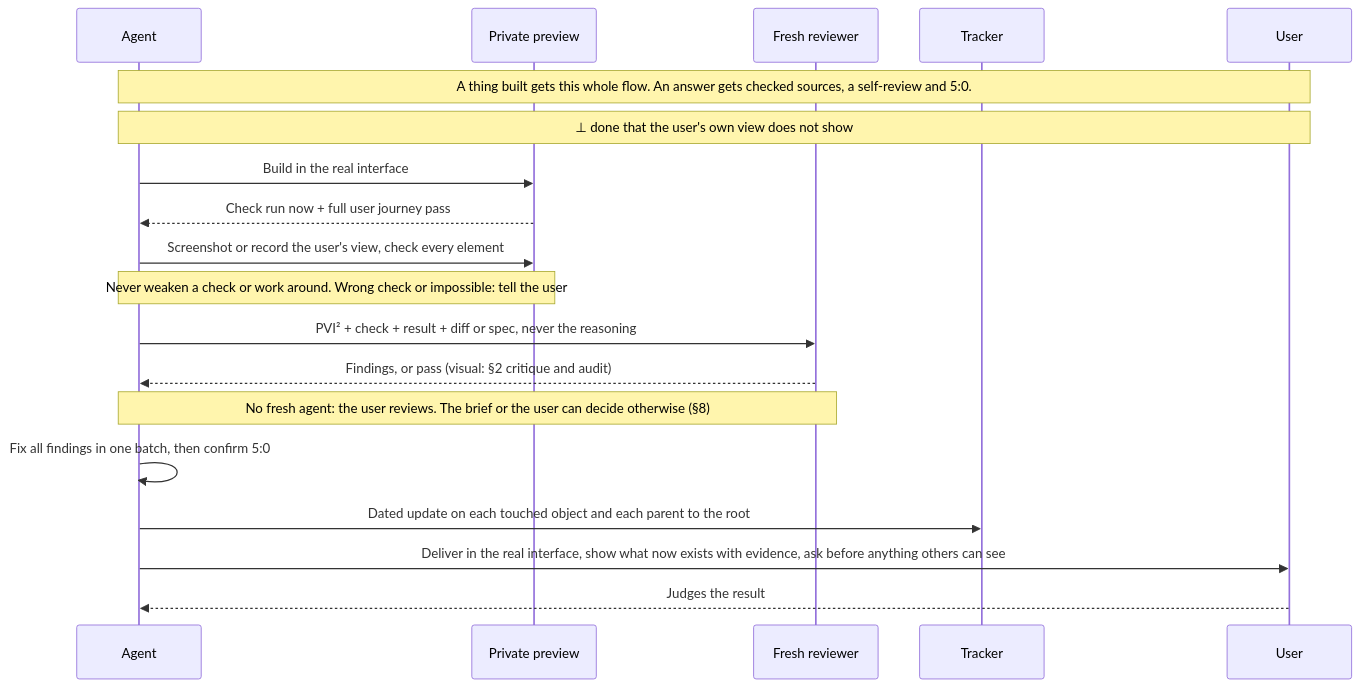
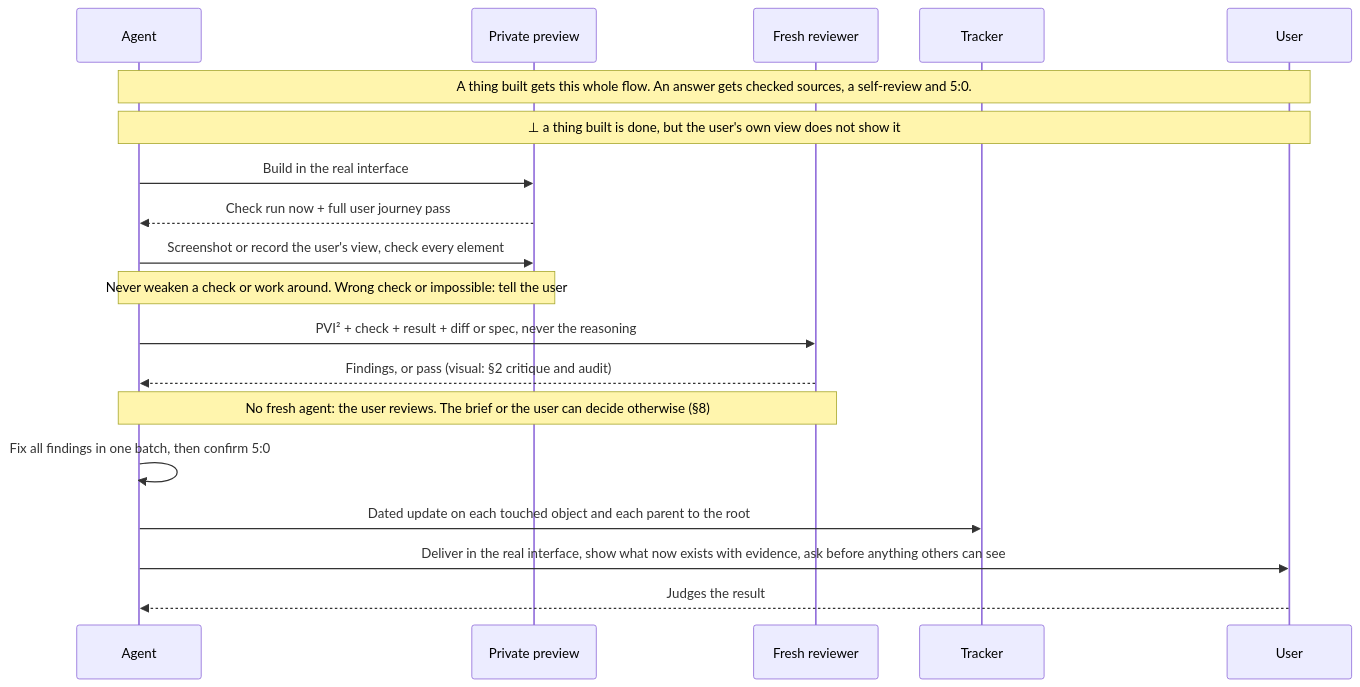
Diagram 11 of 14 in AGENTS.md (SolenixAI/arbiter), drawn with Mermaid before and after one commit. The commit also changed other lines of this file, not shown here.

````diff
--- a/AGENTS.md
+++ b/AGENTS.md
@@ -507,21 +507,21 @@
 ```mermaid
 sequenceDiagram
   participant A as Agent
   participant P as Private preview
   participant R as Fresh reviewer
   participant T as Tracker
   participant U as User
   Note over A,U: A thing built gets this whole flow. An answer gets checked sources, a self-review and 5:0.
-  Note over A,U: ⊥ done that the user's own view does not show
+  Note over A,U: ⊥ a thing built is done, but the user's own view does not show it
   A->>P: Build in the real interface
   P-->>A: Check run now + full user journey pass
   A->>P: Screenshot or record the user's view, check every element
   Note over A,P: Never weaken a check or work around. Wrong check or impossible: tell the user
   A->>R: PVI² + check + result + diff or spec, never the reasoning
   R-->>A: Findings, or pass (visual: §2 critique and audit)
   Note over A,R: No fresh agent: the user reviews. The brief or the user can decide otherwise (§8)
   A->>A: Fix all findings in one batch, then confirm 5:0
   A->>T: Dated update on each touched object and each parent to the root
   A->>U: Deliver in the real interface, show what now exists with evidence, ask before anything others can see
   U-->>A: Judges the result
 ```
````
